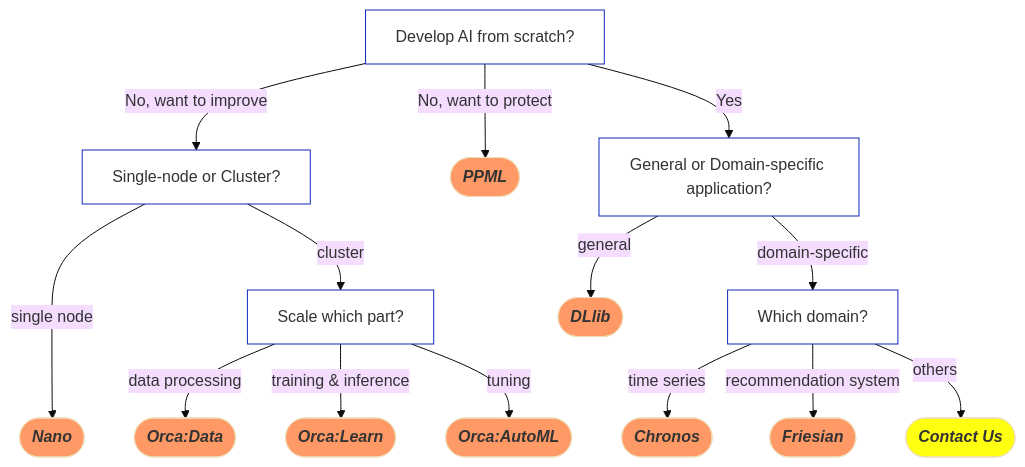
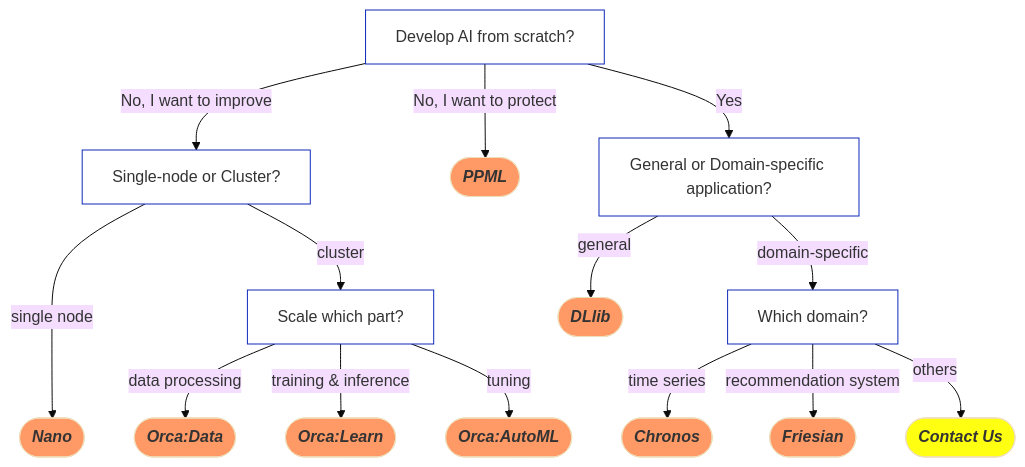
The diagram in README.md (intel-analytics/ipex-llm), drawn with Mermaid (base theme) before and after one commit.

````diff
--- a/README.md
+++ b/README.md
@@ -47,38 +47,38 @@
 ```mermaid
 flowchart TD;
     Feature1[Develop AI from scratch?];
     
-    Feature1-- No, want to improve -->Feature2[Single-node or Cluster?];
-    Feature1-- No, want to protect -->ReferPPML([<em><strong>PPML</strong></em>]);
+    Feature1-- No, I want to improve -->Feature2[Single-node or Cluster?];
+    Feature1-- No, I want to protect -->ReferPPML([<em><strong>PPML</strong></em>]);
     Feature1-- Yes --> Feature3[General or Domain-specific application?];
     Feature2-- single node --->ReferNano([<em><strong>Nano</strong></em>]);
     Feature2-- cluster -->Feature5[Scale which part?];
     Feature5-- data processing -->ReferOrcaData([<em><strong>Orca:Data </strong></em>]);
     Feature5-- training & inference -->ReferOrcaLearn([<em><strong>Orca:Learn </strong></em>]);
     Feature5-- tuning -->ReferOrcaAutoml([<em><strong>Orca:AutoML </strong></em>]);
     Feature3-- general -->ReferDLlib([<em><strong>DLlib</strong></em>]);
     Feature3-- domain-specific -->Feature4[Which domain?];
     Feature4-- time series -->ReferChronos([<em><strong>Chronos</strong></em>]);
     Feature4-- recommendation system -->ReferFriesian([<em><strong>Friesian</strong></em>]);
     Feature4-- others -->ReferContact([<em><strong>Contact Us</strong></em>]);
 
     
     click ReferNano "README.md#Nano" "Refer to Nano" _parent
     click ReferOrcaData "https://bigdl.readthedocs.io/en/latest/doc/Orca/Overview/data-parallel-processing.html"
     click ReferOrcaLearn "https://bigdl.readthedocs.io/en/latest/doc/Orca/Overview/distributed-training-inference.html"
     click ReferOrcaAutoml "https://bigdl.readthedocs.io/en/latest/doc/Orca/Overview/distributed-tuning.html"
     click ReferDLlib "https://bigdl.readthedocs.io/en/latest/doc/DLlib/Overview/dllib.html"
     click ReferRayOnSpark "https://bigdl.readthedocs.io/en/latest/doc/Ray/Overview/ray.html"
     click ReferChronos "https://bigdl.readthedocs.io/en/latest/doc/Chronos/Overview/chronos.html"
     click ReferFriesian "https://bigdl.readthedocs.io/en/latest/doc/Chronos/Overview/chronos.html"
     click ReferPPML "https://bigdl.readthedocs.io/en/latest/doc/PPML/Overview/ppml.html"
     click ReferContact "https://bigdl.readthedocs.io/"
     
     classDef ReferStyle1 fill:#f96;
     classDef ReferStyle2 fill:#FF1;
     classDef Feature fill:#FFF,stroke:#0f29ba,stroke-width:1px;
     class ReferNano,ReferOrcaLearn,ReferOrcaData,ReferOrcaAutoml,ReferDLlib,ReferRayOnSpark,ReferChronos,ReferFriesian,ReferPPML ReferStyle1;
     class ReferContact, ReferStyle2
     class Feature1,Feature2,Feature3,Feature4,Feature5,Feature6,Feature7 Feature;
     
 ```
````
